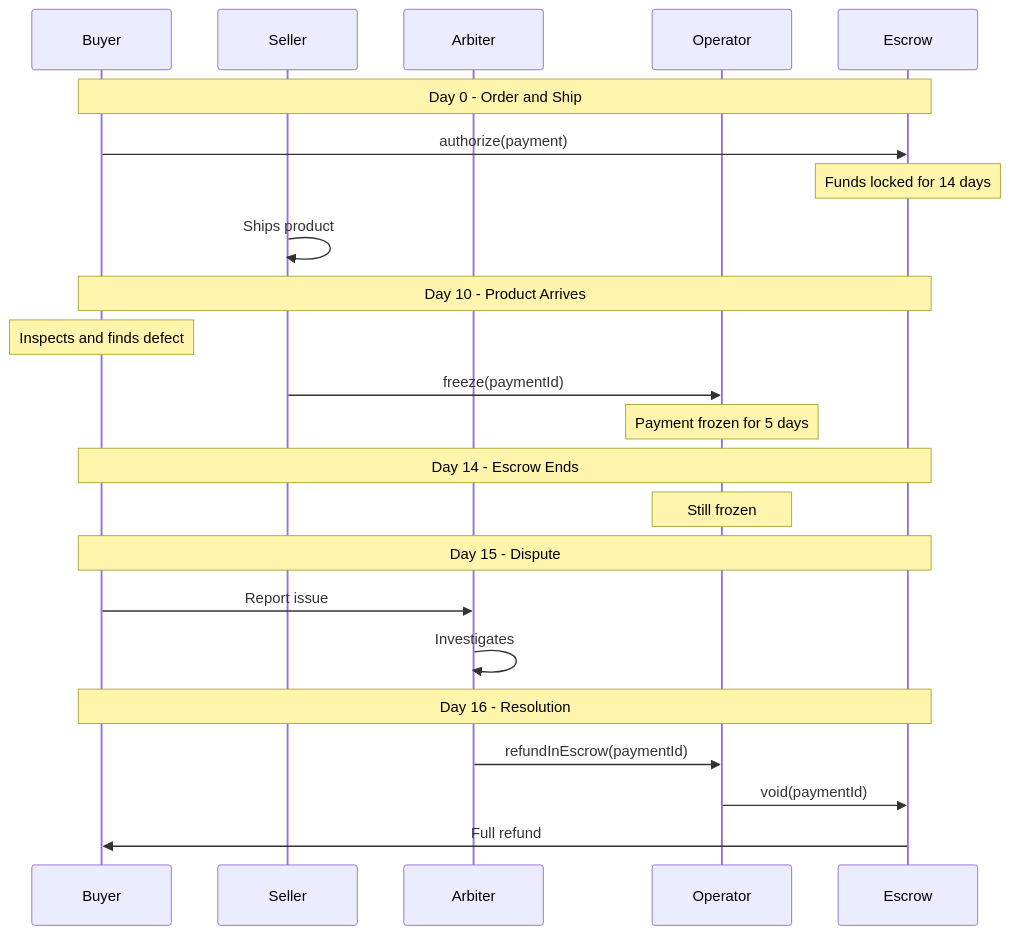
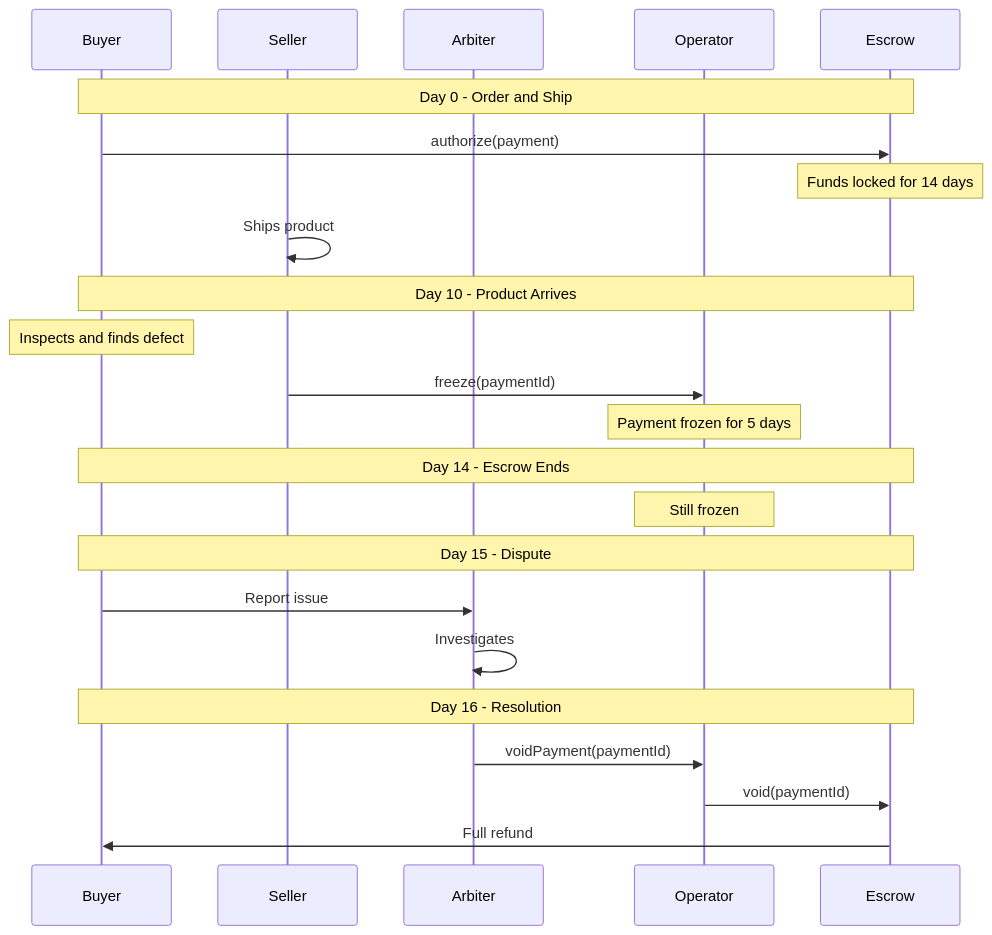
Before and after one commit to BackTrackCo/docs: the second of 8 diagrams in contracts/examples.mdx, drawn with Mermaid. The commit also changed other lines of this file and 31 other files, not shown here.

````diff
--- a/contracts/examples.mdx
+++ b/contracts/examples.mdx
@@ -223,30 +223,30 @@
 ```mermaid
 sequenceDiagram
     participant Buyer
     participant Seller
     participant Arbiter
     participant Operator
     participant Escrow
 
     Note over Buyer,Escrow: Day 0 - Order and Ship
     Buyer->>Escrow: authorize(payment)
     Note over Escrow: Funds locked for 14 days
     Seller->>Seller: Ships product
 
     Note over Buyer,Escrow: Day 10 - Product Arrives
     Note over Buyer: Inspects and finds defect
     Seller->>Operator: freeze(paymentId)
     Note over Operator: Payment frozen for 5 days
 
     Note over Buyer,Escrow: Day 14 - Escrow Ends
     Note over Operator: Still frozen
 
     Note over Buyer,Escrow: Day 15 - Dispute
     Buyer->>Arbiter: Report issue
     Arbiter->>Arbiter: Investigates
 
     Note over Buyer,Escrow: Day 16 - Resolution
-    Arbiter->>Operator: refundInEscrow(paymentId)
+    Arbiter->>Operator: voidPayment(paymentId)
     Operator->>Escrow: void(paymentId)
     Escrow->>Buyer: Full refund
 ```
````
